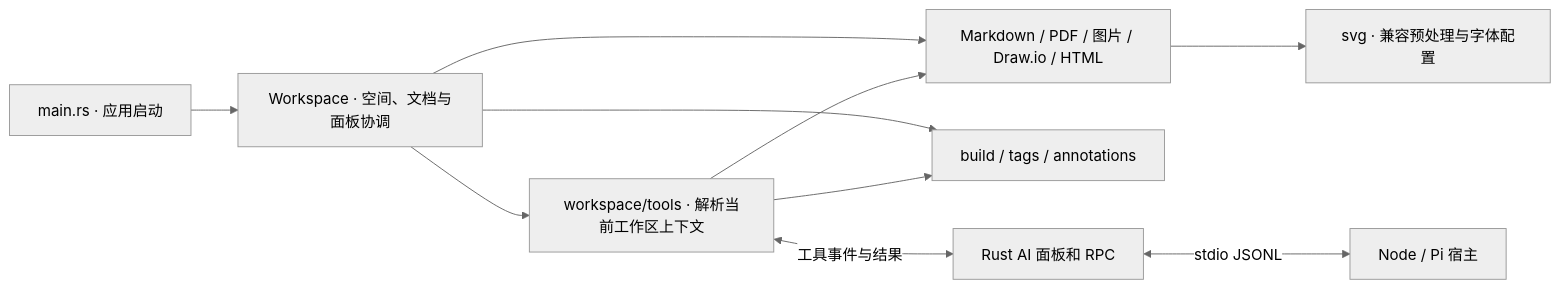
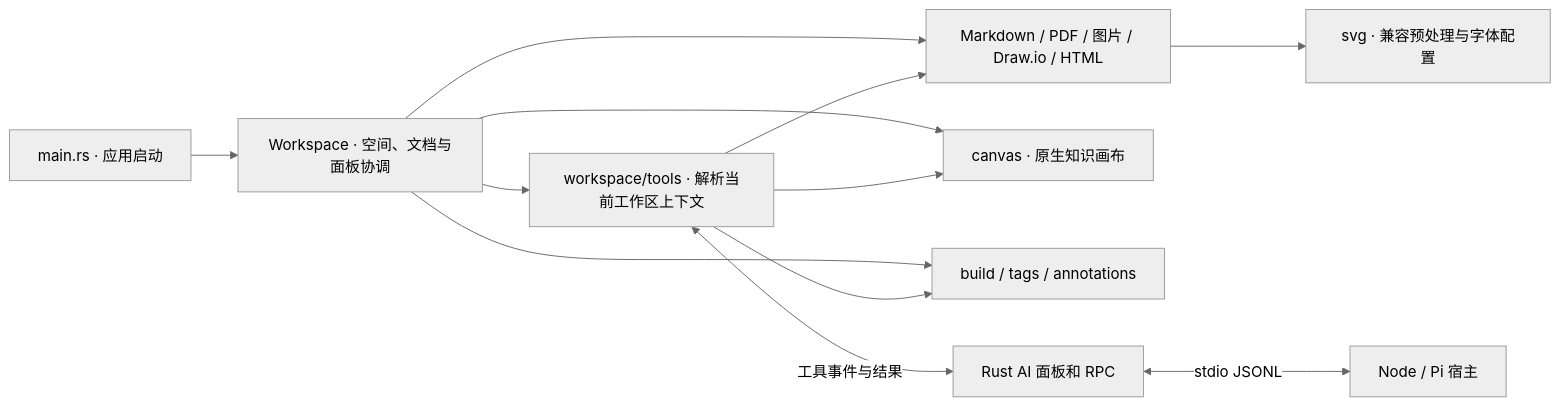
Before and after one commit to ybh1273280347/Folio: the diagram in ARCHITECTURE.md, drawn with Mermaid (neutral theme). The commit also changed other lines of this file, not shown here.

````diff
--- a/ARCHITECTURE.md
+++ b/ARCHITECTURE.md
@@ -7,12 +7,14 @@
 ```mermaid
 flowchart LR
     Main["main.rs · 应用启动"] --> Workspace["Workspace · 空间、文档与面板协调"]
     Workspace --> Panels["Markdown / PDF / 图片 / Draw.io / HTML"]
+    Workspace --> Canvas["canvas · 原生知识画布"]
     Workspace --> Tools["workspace/tools · 解析当前工作区上下文"]
     Workspace --> Features["build / tags / annotations"]
     Tools --> Features
     Tools --> Panels
+    Tools --> Canvas
     Tools <-->|工具事件与结果| AI["Rust AI 面板和 RPC"]
     AI <-->|stdio JSONL| Host["Node / Pi 宿主"]
     Panels --> SVG["svg · 兼容预处理与字体配置"]
 ```
````
